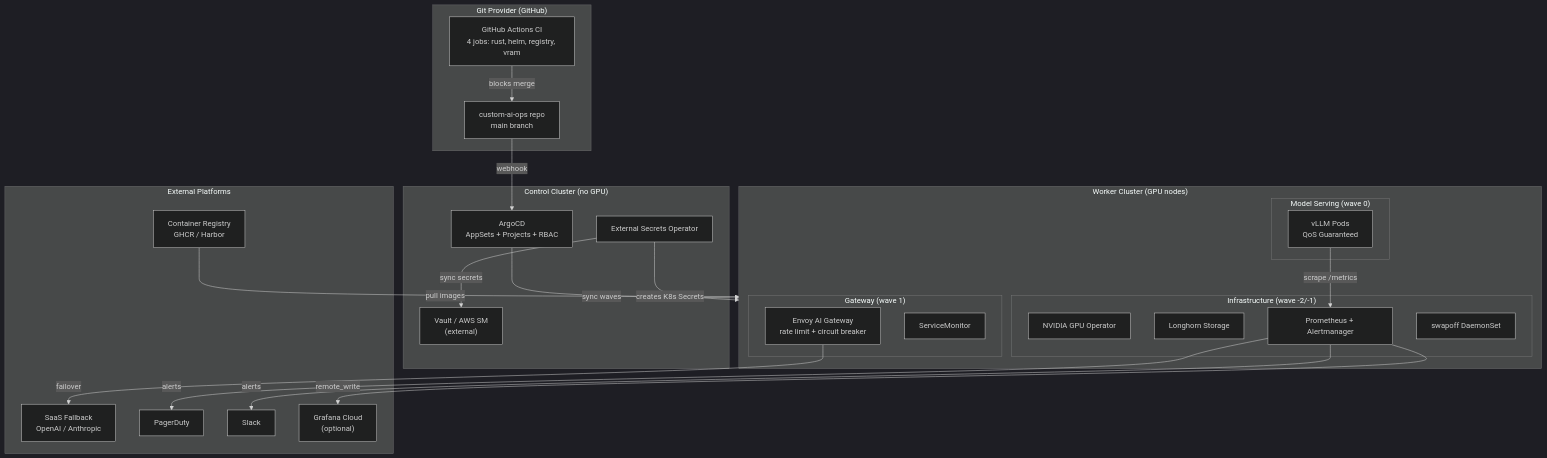
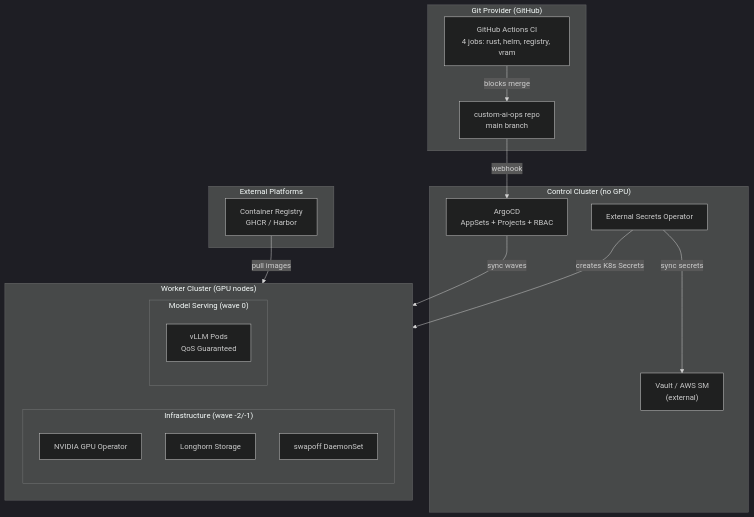
Before and after one commit to ADORSYS-GIS/Custom-Ai-Ops: the diagram in docs/integration-report.md, drawn with Mermaid (dark theme). The commit also changed other lines of this file and 111 other files, not shown here.

````diff
--- a/docs/integration-report.md
+++ b/docs/integration-report.md
@@ -1107,49 +975,35 @@
 ```mermaid
 flowchart TB
     subgraph Git["Git Provider (GitHub)"]
         REPO["custom-ai-ops repo<br/>main branch"]
         CI["GitHub Actions CI<br/>4 jobs: rust, helm, registry, vram"]
     end
 
     subgraph Control["Control Cluster (no GPU)"]
         ARGOCD["ArgoCD<br/>AppSets + Projects + RBAC"]
         ESO["External Secrets Operator"]
         VAULT["Vault / AWS SM<br/>(external)"]
     end
 
     subgraph Worker["Worker Cluster (GPU nodes)"]
         subgraph Infra["Infrastructure (wave -2/-1)"]
             GPU["NVIDIA GPU Operator"]
             LH["Longhorn Storage"]
-            PROM["Prometheus + Alertmanager"]
             SWAPOFF["swapoff DaemonSet"]
         end
         subgraph Serving["Model Serving (wave 0)"]
             VLLM["vLLM Pods<br/>QoS Guaranteed"]
         end
-        subgraph Gateway["Gateway (wave 1)"]
-            EG["Envoy AI Gateway<br/>rate limit + circuit breaker"]
-            SM["ServiceMonitor"]
-        end
     end
 
     subgraph External["External Platforms"]
-        SAAS["SaaS Fallback<br/>OpenAI / Anthropic"]
-        PD["PagerDuty"]
-        SLACK["Slack"]
         REG["Container Registry<br/>GHCR / Harbor"]
-        GRAF["Grafana Cloud<br/>(optional)"]
     end
 
     REPO -->|webhook| ARGOCD
     CI -->|blocks merge| REPO
     ARGOCD -->|sync waves| Worker
     ESO -->|sync secrets| VAULT
     ESO -->|creates K8s Secrets| Worker
-    VLLM -->|scrape /metrics| PROM
-    PROM -->|alerts| PD
-    PROM -->|alerts| SLACK
-    EG -->|failover| SAAS
     REG -->|pull images| Worker
-    PROM -->|remote_write| GRAF
 ```
````
